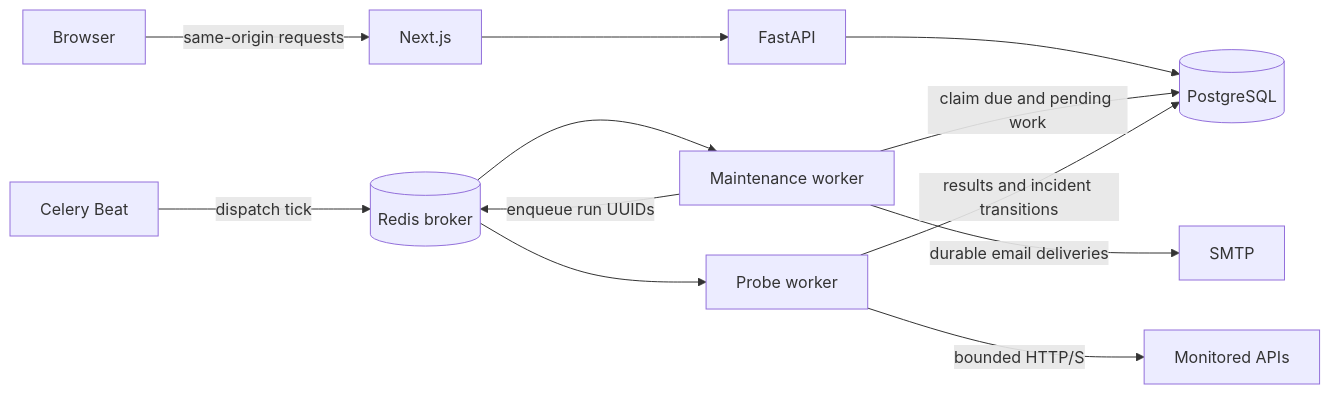
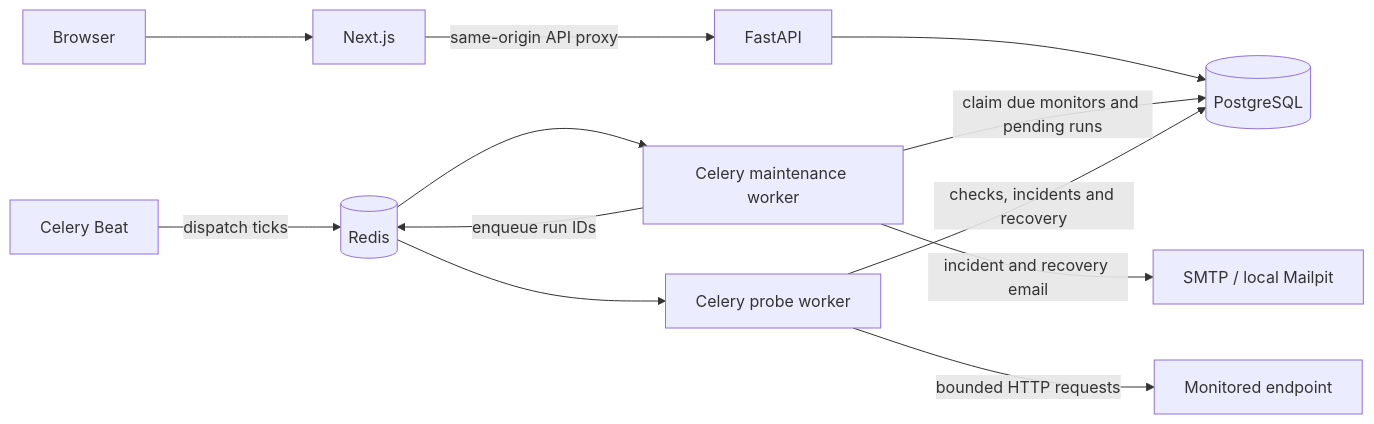
One commit to Gurnoor-Kahlon/Devpulse changed the diagram in README.md. Above: the diagram before and after it, drawn with Mermaid. The commit also changed other lines of this file and 33 other files, not shown here.

````diff
--- a/README.md
+++ b/README.md
@@ -37,14 +35,14 @@
 ```mermaid
 flowchart LR
-    Browser -->|same-origin requests| Next[Next.js]
-    Next --> API[FastAPI]
+    Browser --> Next[Next.js]
+    Next -->|same-origin API proxy| API[FastAPI]
     API --> PG[(PostgreSQL)]
-    Beat[Celery Beat] -->|dispatch tick| Redis[(Redis broker)]
-    Redis --> Dispatcher[Maintenance worker]
-    Dispatcher -->|claim due and pending work| PG
-    Dispatcher -->|enqueue run UUIDs| Redis
-    Redis --> Probe[Probe worker]
-    Probe -->|bounded HTTP/S| Targets[Monitored APIs]
-    Probe -->|results and incident transitions| PG
-    Dispatcher -->|durable email deliveries| SMTP[SMTP]
+    Beat[Celery Beat] -->|dispatch ticks| Redis[(Redis)]
+    Redis --> Maintenance[Celery maintenance worker]
+    Maintenance -->|claim due monitors and pending runs| PG
+    Maintenance -->|enqueue run IDs| Redis
+    Redis --> Probe[Celery probe worker]
+    Probe -->|bounded HTTP requests| Endpoint[Monitored endpoint]
+    Probe -->|checks, incidents and recovery| PG
+    Maintenance -->|incident and recovery email| SMTP[SMTP / local Mailpit]
 ```
````
